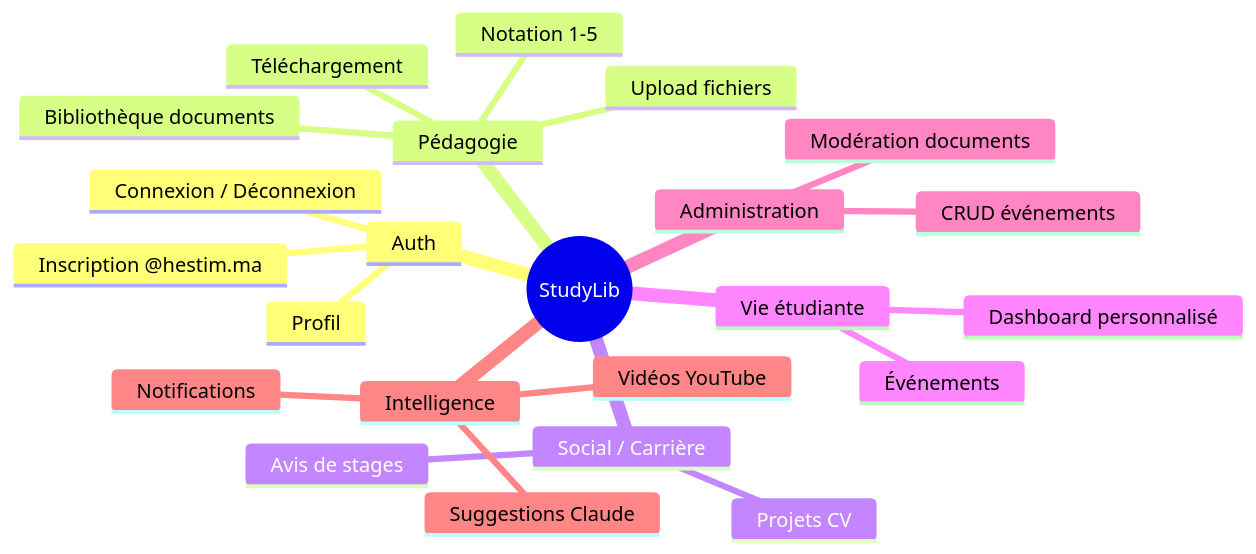
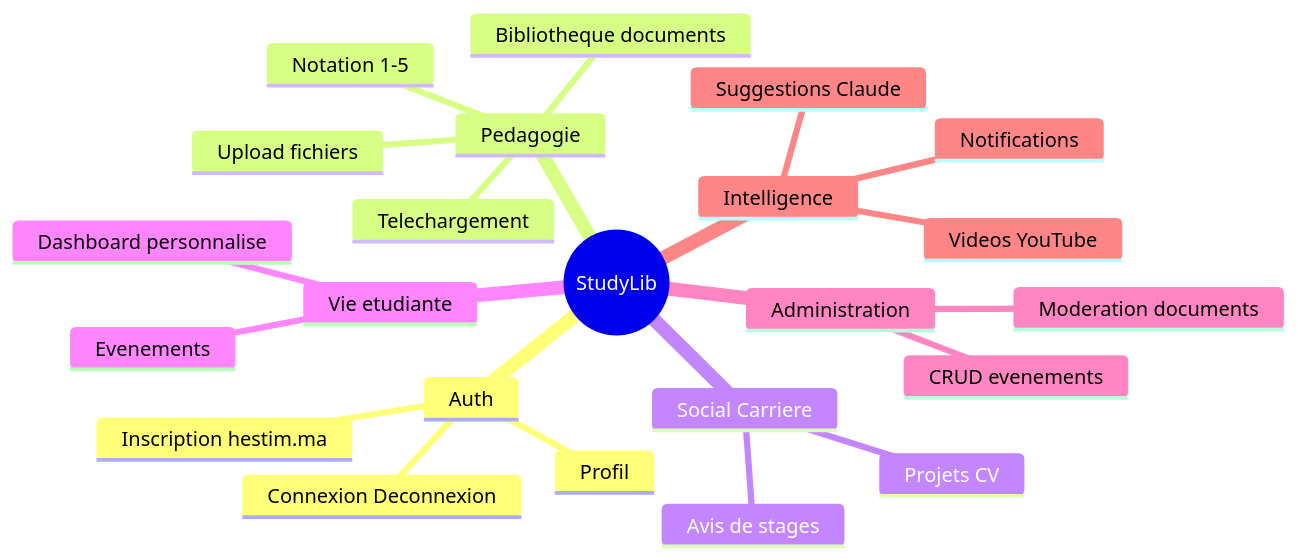
The first of 15 diagrams in docs/RAPPORT.md (Claude20022002/StudyLib), drawn with Mermaid before and after one commit. The commit also changed other lines of this file, not shown here.

Commit message:
Update RAPPORT.md to enhance compatibility with GitHub by adjusting Mermaid diagram labels, standardizing terminology, and improving clarity in various sections, including functional modules and user flows.

````diff
--- a/docs/RAPPORT.md
+++ b/docs/RAPPORT.md
@@ -92,26 +93,26 @@
 ```mermaid
 mindmap
   root((StudyLib))
     Auth
-      Inscription @hestim.ma
-      Connexion / Déconnexion
+      Inscription hestim.ma
+      Connexion Deconnexion
       Profil
-    Pédagogie
-      Bibliothèque documents
+    Pedagogie
+      Bibliotheque documents
       Upload fichiers
       Notation 1-5
-      Téléchargement
-    Social / Carrière
+      Telechargement
+    Social Carriere
       Avis de stages
       Projets CV
-    Vie étudiante
-      Événements
-      Dashboard personnalisé
+    Vie etudiante
+      Evenements
+      Dashboard personnalise
     Administration
-      Modération documents
-      CRUD événements
+      Moderation documents
+      CRUD evenements
     Intelligence
       Suggestions Claude
-      Vidéos YouTube
+      Videos YouTube
       Notifications
 ```
````
